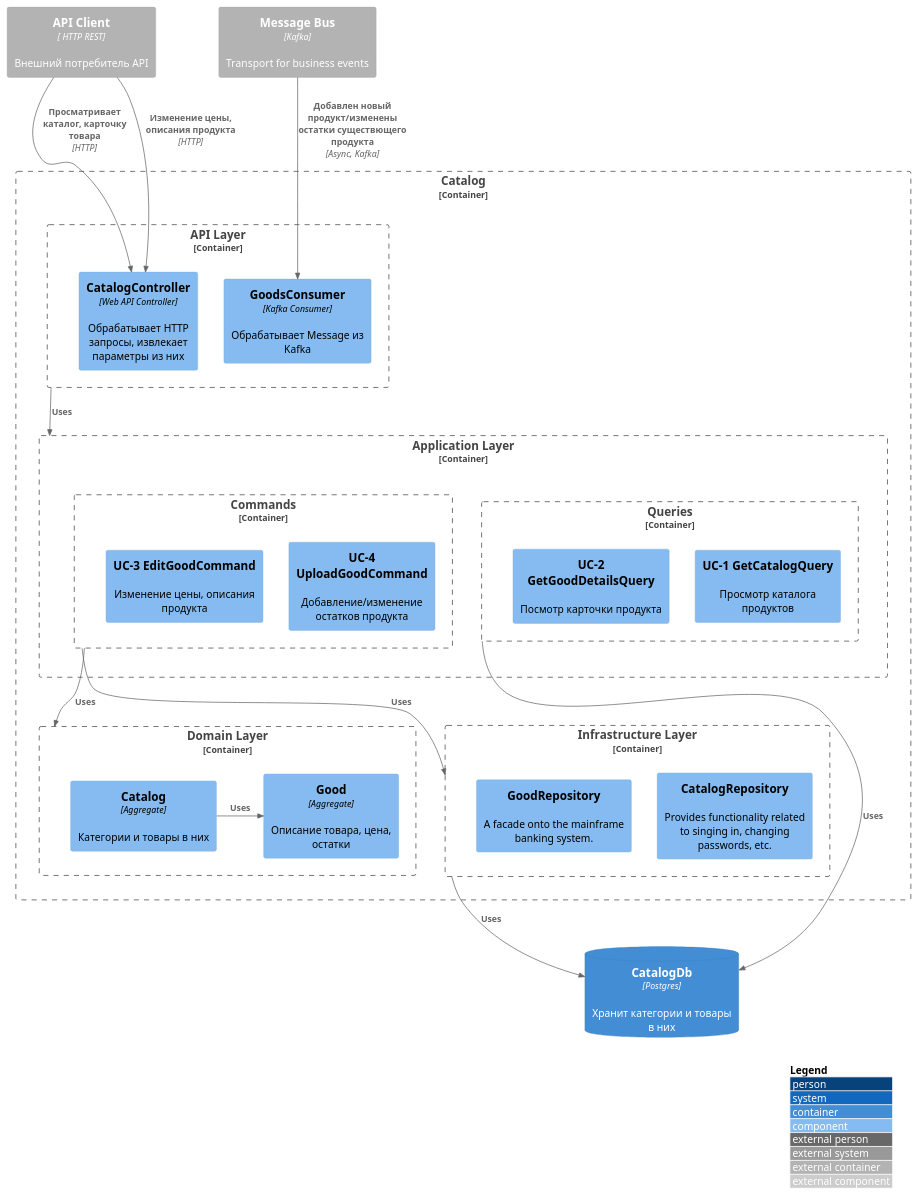
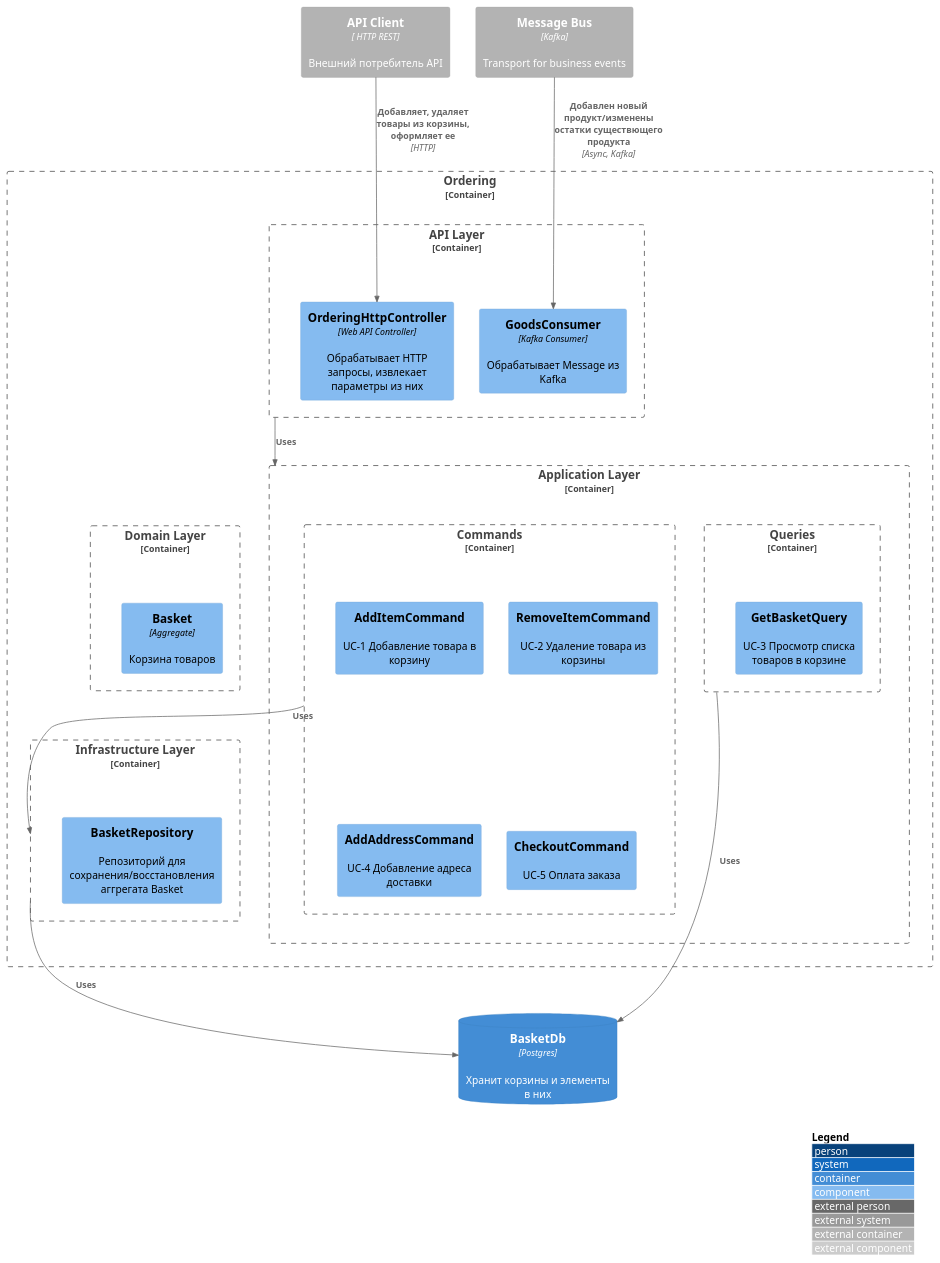
The second of 5 diagrams in services/ordering/README.md (gerzhan/knigaexpert-system-design), drawn with PlantUML before and after one commit. The commit also changed other lines of this file, not shown here.

````diff
--- a/services/ordering/README.md
+++ b/services/ordering/README.md
@@ -43,58 +43,52 @@
 ```plantuml
 !include https://raw.githubusercontent.com/plantuml-stdlib/C4-PlantUML/master/C4_Component.puml
 LAYOUT_WITH_LEGEND()
 
 Container_Ext(api_client, "API Client", " HTTP REST", "Внешний потребитель API")
 
 Container_Ext(message_bus, "Message Bus", "Kafka", "Transport for business events")
 
-Container_Boundary(catalog_service, "Catalog") {
+Container_Boundary(ordering_service, "Ordering") {
     Container_Boundary(api_layer, "API Layer") {
-    Component(catalog_controller, "CatalogController", "Web API Controller", "Обрабатывает HTTP запросы, извлекает параметры из них")
+    Component(ordering_http_handler, "OrderingHttpController", "Web API Controller", "Обрабатывает HTTP запросы, извлекает параметры из них")
     
     Component(goods_consumer, "GoodsConsumer", "Kafka Consumer", "Обрабатывает Message из Kafka")
     }
 
     Container_Boundary(application_layer, "Application Layer") {
       Container_Boundary(commands, "Commands") {
-        Component(uc4_upload_good_command, "UC-4 UploadGoodCommand", "", "Добавление/изменение остатков продукта")
-        Component(uc3_edit_good_command, "UC-3 EditGoodCommand", "", "Изменение цены, описания продукта")
+        Component(add_item_command, "AddItemCommand", "", "UC-1 Добавление товара в корзину")
+        Component(remove_item_command, "RemoveItemCommand", "", "UC-2 Удаление товара из корзины")
+        Component(add_address_command, "AddAddressCommand", "", "UC-4 Добавление адреса доставки")
+        Component(checkout_command, "CheckoutCommand", "", "UC-5 Оплата заказа")
       }
 
       Container_Boundary(queries, "Queries") {
-        Component(uc1_get_catalog_query, "UC-1 GetCatalogQuery", "", "Просмотр каталога продуктов")
-
-        Component(uc2_get_good_details_query, "UC-2 GetGoodDetailsQuery", "", "Посмотр карточки продукта")
+        Component(get_basket_query, "GetBasketQuery", "", "UC-3 Просмотр списка товаров в корзине")
       }
     }
 
     Container_Boundary(domain_layer, "Domain Layer") {
-      Component(catalog_aggregate, "Catalog", "Aggregate", "Категории и товары в них")
-      Component(good_aggregate, "Good", "Aggregate", "Описание товара, цена, остатки")
+      Component(catalog_aggregate, "Basket", "Aggregate", "Корзина товаров")
     }
 
     Container_Boundary(infrastructure_layer, "Infrastructure Layer") {
-      Component(catalog_aggregate_repository, "CatalogRepository", "", "Provides functionality related to singing in, changing passwords, etc.")
-      Component(good_aggregate_repository, "GoodRepository", "", "A facade onto the mainframe banking system.")
+      Component(basket_aggregate_repository, "BasketRepository", "", "Репозиторий для сохранения/восстановления аггрегата Basket")
     }
 
     Rel(message_bus, goods_consumer, "Добавлен новый продукт/изменены остатки существющего продукта", "Async, Kafka")
     
-    Rel(api_client, catalog_controller, "Просматривает каталог, карточку товара", "HTTP")
-    Rel(api_client, catalog_controller, "Изменение цены, описания продукта", "HTTP")
+    Rel(api_client, ordering_http_handler, "Добавляет, удаляет товары из корзины, оформляет ее", "HTTP")
 
     Rel_D(api_layer, application_layer, "Uses")
     
     Rel_D(commands, domain_layer, "Uses")
 
-    Rel_R(catalog_aggregate, good_aggregate, "Uses")
-
     Rel_D(commands, infrastructure_layer, "Uses")
 }
-
-ContainerDb(db, "CatalogDb", "Postgres", "Хранит категории и товары в них")
+Lay_L(application_layer,domain_layer)
+Lay_D(domain_layer,infrastructure_layer)
+ContainerDb(db, "BasketDb", "Postgres", "Хранит корзины и элементы в них")
 Rel_D(infrastructure_layer, db, "Uses")
-Rel_D(queries, db, "Uses")
-
-
+Rel_L(queries, db, "Uses")
 ```
````
